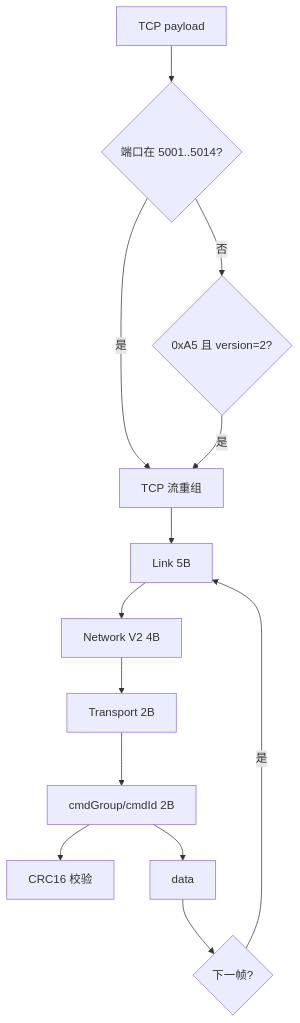
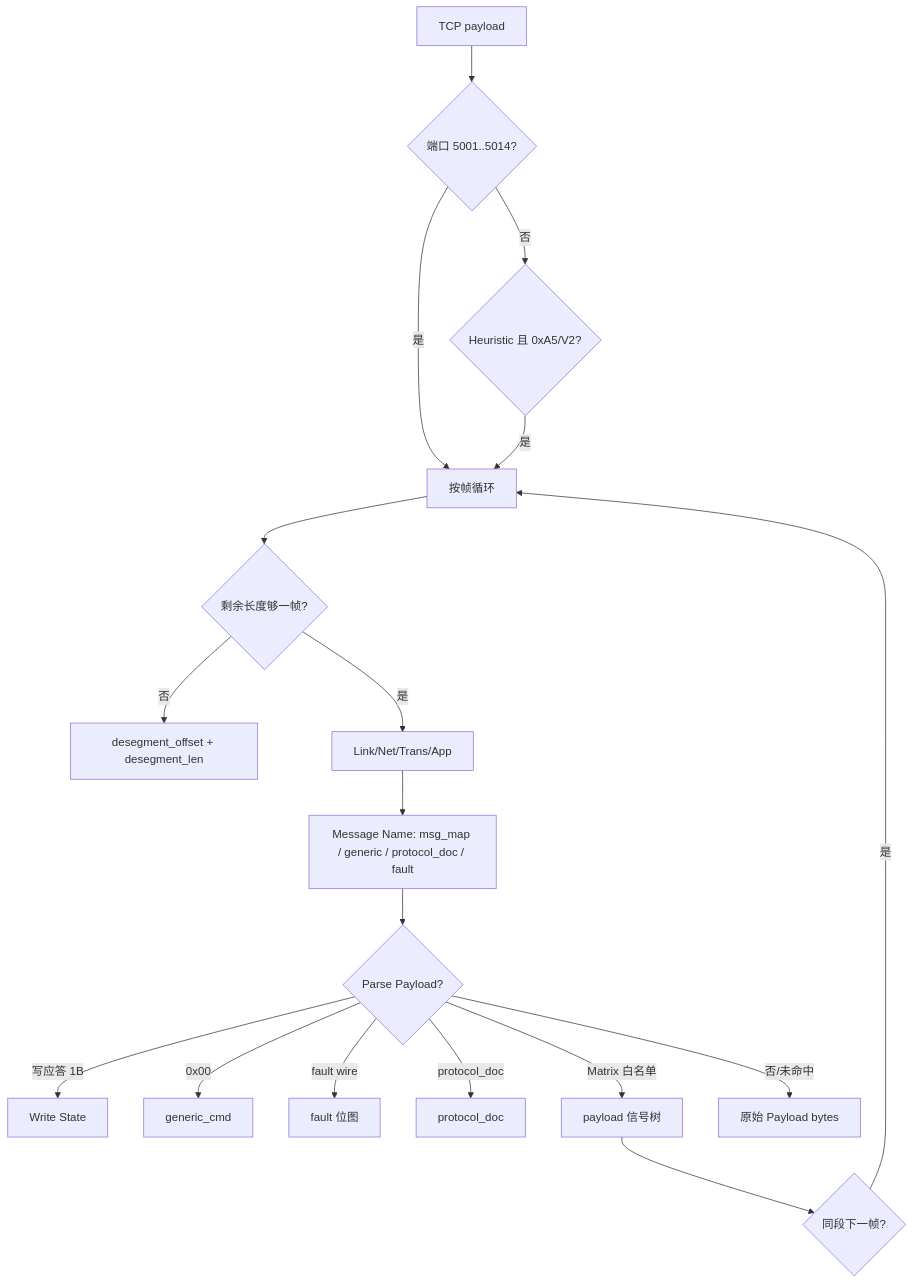
Before and after one commit to ffsxsy/py_work_script_repo: the diagram in 3.wireshark_plugin/docs/BMS2.0-Wireshark解析方案.md, drawn with Mermaid. The commit also changed other lines of this file and 99 other files, not shown here.

````diff
--- a/3.wireshark_plugin/docs/BMS2.0-Wireshark解析方案.md
+++ b/3.wireshark_plugin/docs/BMS2.0-Wireshark解析方案.md
@@ -79,15 +72,20 @@
 ```mermaid
 flowchart TD
-    tcp[TCP payload] --> portCheck{端口在 5001..5014?}
-    portCheck -->|是| reasm[TCP 流重组]
-    portCheck -->|否| heuristic{0xA5 且 version=2?}
-    heuristic -->|是| reasm
-    reasm --> parseLink[Link 5B]
-    parseLink --> parseNet[Network V2 4B]
-    parseNet --> parseTrans[Transport 2B]
-    parseTrans --> parseExpr[cmdGroup/cmdId 2B]
-    parseExpr --> crcCheck[CRC16 校验]
-    parseExpr --> payload[data]
-    payload --> moreFrame{下一帧?}
-    moreFrame -->|是| parseLink
+    tcp[TCP payload] --> port{端口 5001..5014?}
+    port -->|是| loop[按帧循环]
+    port -->|否| heur{Heuristic 且 0xA5/V2?}
+    heur -->|是| loop
+    loop --> need{剩余长度够一帧?}
+    need -->|否| deseg["desegment_offset + desegment_len"]
+    need -->|是| link[Link/Net/Trans/App]
+    link --> name[Message Name: msg_map / generic / protocol_doc / fault]
+    name --> deep{Parse Payload?}
+    deep -->|写应答 1B| ack[Write State]
+    deep -->|0x00| gen[generic_cmd]
+    deep -->|fault wire| fault[fault 位图]
+    deep -->|protocol_doc| pdoc[protocol_doc]
+    deep -->|Matrix 白名单| pay[payload 信号树]
+    deep -->|否/未命中| raw[原始 Payload bytes]
+    pay --> next{同段下一帧?}
+    next -->|是| loop
 ```
````
